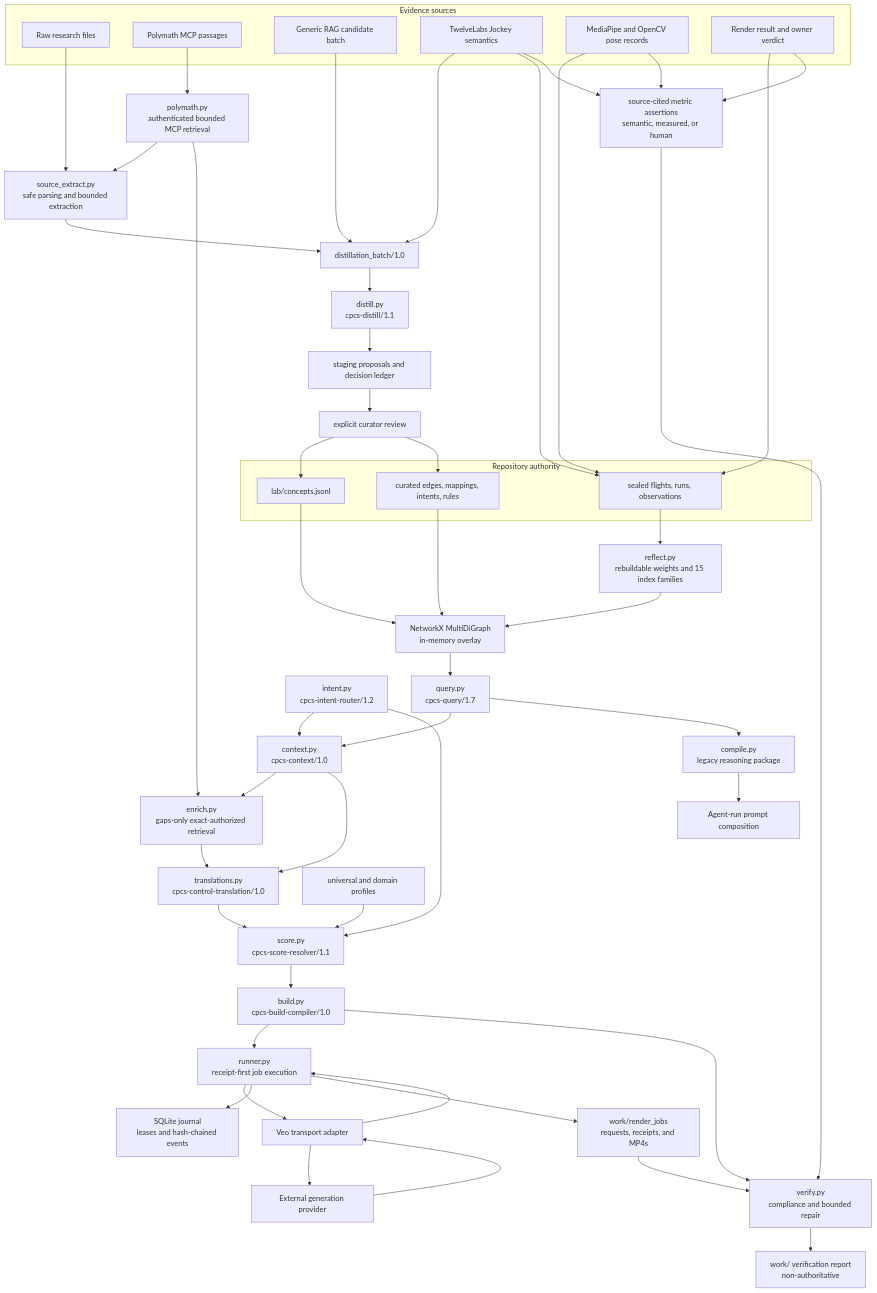
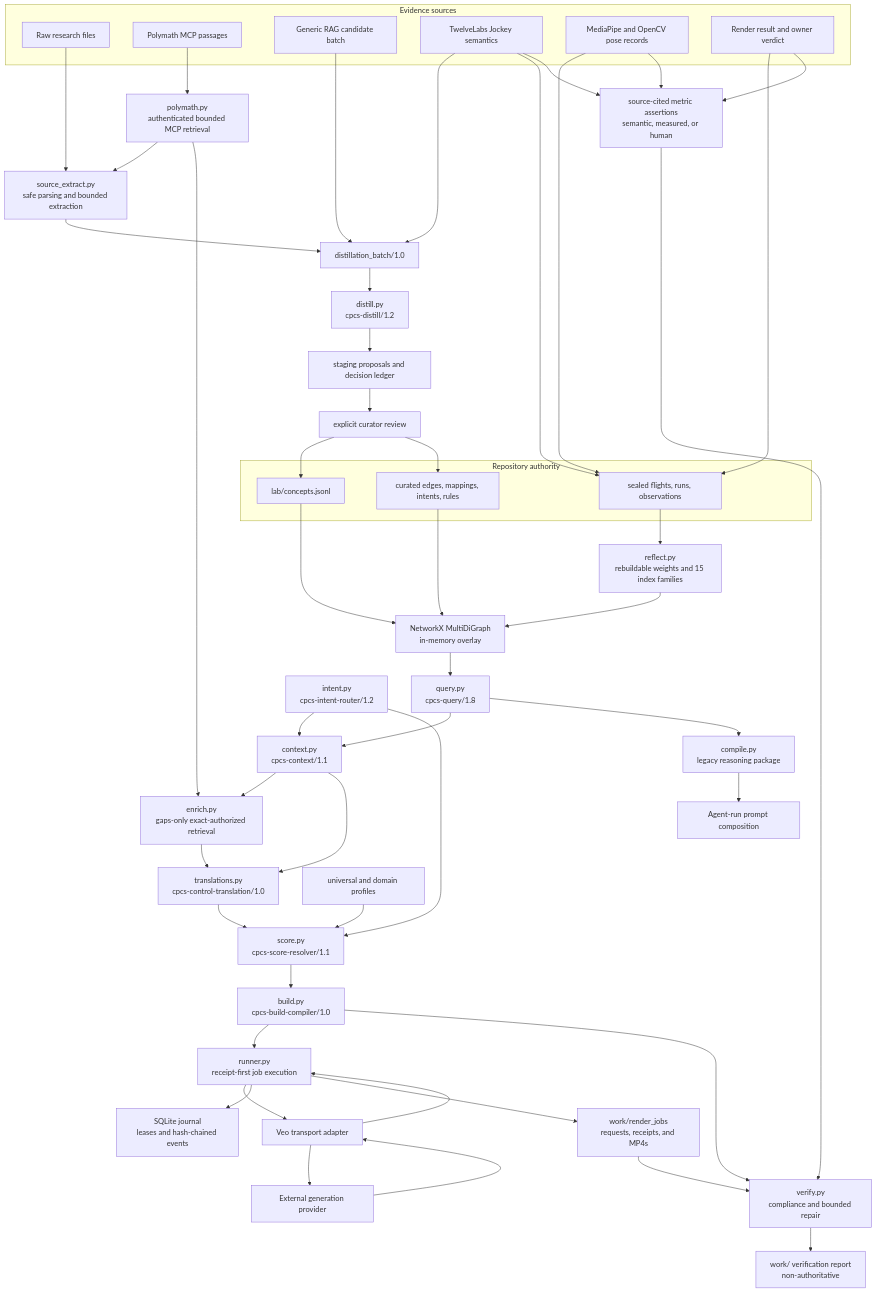
One commit to Kingsley-Cyber/ai-video-movement-prompt-system changed the second of 3 diagrams in ARCHITECTURE.md. Above: the diagram before and after it, drawn with Mermaid. The commit also changed other lines of this file and 44 other files, not shown here.

````diff
--- a/ARCHITECTURE.md
+++ b/ARCHITECTURE.md
@@ -666,79 +669,79 @@
 ```mermaid
 flowchart TB
     subgraph Sources["Evidence sources"]
         Raw["Raw research files"]
         Poly["Polymath MCP passages"]
         Generic["Generic RAG candidate batch"]
         Jockey["TwelveLabs Jockey semantics"]
         Pose["MediaPipe and OpenCV pose records"]
         Verdict["Render result and owner verdict"]
     end
 
     PolyRetrieve["polymath.py\nauthenticated bounded MCP retrieval"]
     SourceExtract["source_extract.py\nsafe parsing and bounded extraction"]
     Batch["distillation_batch/1.0"]
-    Distill["distill.py\ncpcs-distill/1.1"]
+    Distill["distill.py\ncpcs-distill/1.2"]
     Staging["staging proposals and decision ledger"]
     Review["explicit curator review"]
 
     subgraph Authority["Repository authority"]
         Concepts["lab/concepts.jsonl"]
         Curated["curated edges, mappings, intents, rules"]
         Immutable["sealed flights, runs, observations"]
     end
 
     Reflect["reflect.py\nrebuildable weights and 15 index families"]
     Graph["NetworkX MultiDiGraph\nin-memory overlay"]
-    Query["query.py\ncpcs-query/1.7"]
-    Context["context.py\ncpcs-context/1.0"]
+    Query["query.py\ncpcs-query/1.8"]
+    Context["context.py\ncpcs-context/1.1"]
     Enrich["enrich.py\ngaps-only exact-authorized retrieval"]
     Intent["intent.py\ncpcs-intent-router/1.2"]
     Translate["translations.py\ncpcs-control-translation/1.0"]
     Profiles["universal and domain profiles"]
     Score["score.py\ncpcs-score-resolver/1.1"]
     Compile["compile.py\nlegacy reasoning package"]
     Build["build.py\ncpcs-build-compiler/1.0"]
     Runner["runner.py\nreceipt-first job execution"]
     Journal["SQLite journal\nleases and hash-chained events"]
     Adapter["Veo transport adapter"]
     Artifacts["work/render_jobs\nrequests, receipts, and MP4s"]
     Evidence["source-cited metric assertions\nsemantic, measured, or human"]
     Verify["verify.py\ncompliance and bounded repair"]
     Diagnostics["work/ verification report\nnon-authoritative"]
     ManualPrompt["Agent-run prompt composition"]
     Provider["External generation provider"]
 
     Raw --> SourceExtract --> Batch
     Poly --> PolyRetrieve
     PolyRetrieve --> SourceExtract
     PolyRetrieve --> Enrich
     Generic --> Batch
     Jockey --> Batch
     Batch --> Distill --> Staging --> Review
     Review --> Concepts
     Review --> Curated
     Jockey --> Immutable
     Pose --> Immutable
     Verdict --> Immutable
     Immutable --> Reflect
     Reflect --> Graph
     Concepts --> Graph
     Curated --> Graph
     Graph --> Query --> Context --> Enrich
     Intent --> Context
     Intent --> Score
     Context --> Translate --> Score
     Enrich --> Translate
     Profiles --> Score
     Score --> Build --> Runner --> Adapter --> Provider
     Provider --> Adapter --> Runner
     Runner --> Journal
     Runner --> Artifacts
     Jockey --> Evidence
     Pose --> Evidence
     Verdict --> Evidence
     Build --> Verify
     Artifacts --> Verify
     Evidence --> Verify --> Diagnostics
     Query --> Compile --> ManualPrompt
 ```
````
